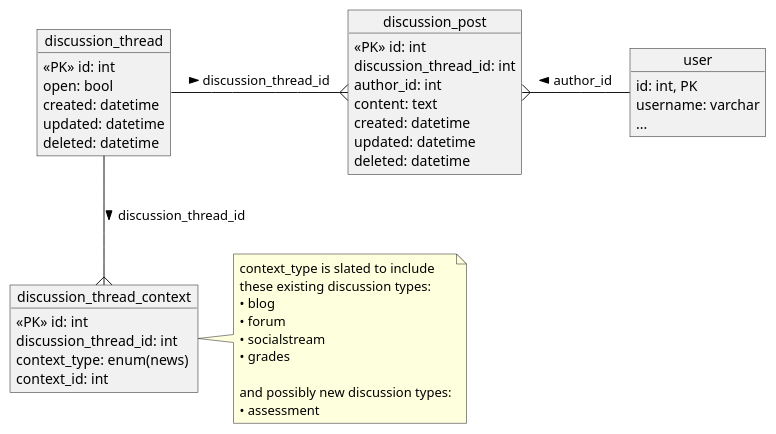
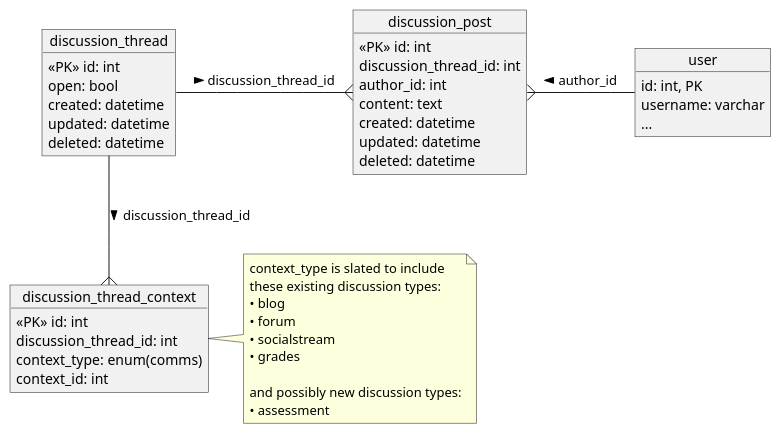
Before and after one commit to juliaattrevisan/schoolbox-api-docs: the diagram in library/Schoolbox/Discussion/database.puml, drawn with PlantUML. The commit also changed 2 other files, not shown here.

Commit message:
Rename news enum item to comms [SA-8097]

```diff
--- a/library/Schoolbox/Discussion/database.puml
+++ b/library/Schoolbox/Discussion/database.puml
@@ -1,55 +1,55 @@
 @startuml
 
 hide empty fields
 hide empty methods
 
 object discussion_thread {
     <<PK>> id: int
     open: bool
     created: datetime
     updated: datetime
     deleted: datetime
 }
 
 object discussion_post {
     <<PK>> id: int
     discussion_thread_id: int
     author_id: int
     content: text
     created: datetime
     updated: datetime
     deleted: datetime
 }
 
 object discussion_thread_context {
     <<PK>> id: int
     discussion_thread_id: int
-    context_type: enum(news)
+    context_type: enum(comms)
     context_id: int
 }
 
 note right
 context_type is slated to include
 these existing discussion types:
 • blog
 • forum
 • socialstream
 • grades
 
 and possibly new discussion types:
 • assessment
 end note
 
 object user {
     id: int, PK
     username: varchar
     ...
 }
 
 discussion_thread -r-{ discussion_post : discussion_thread_id >
 
 discussion_post }-r- user : author_id <
 
 discussion_thread -d-{ discussion_thread_context : discussion_thread_id >
 
 @enduml
```
